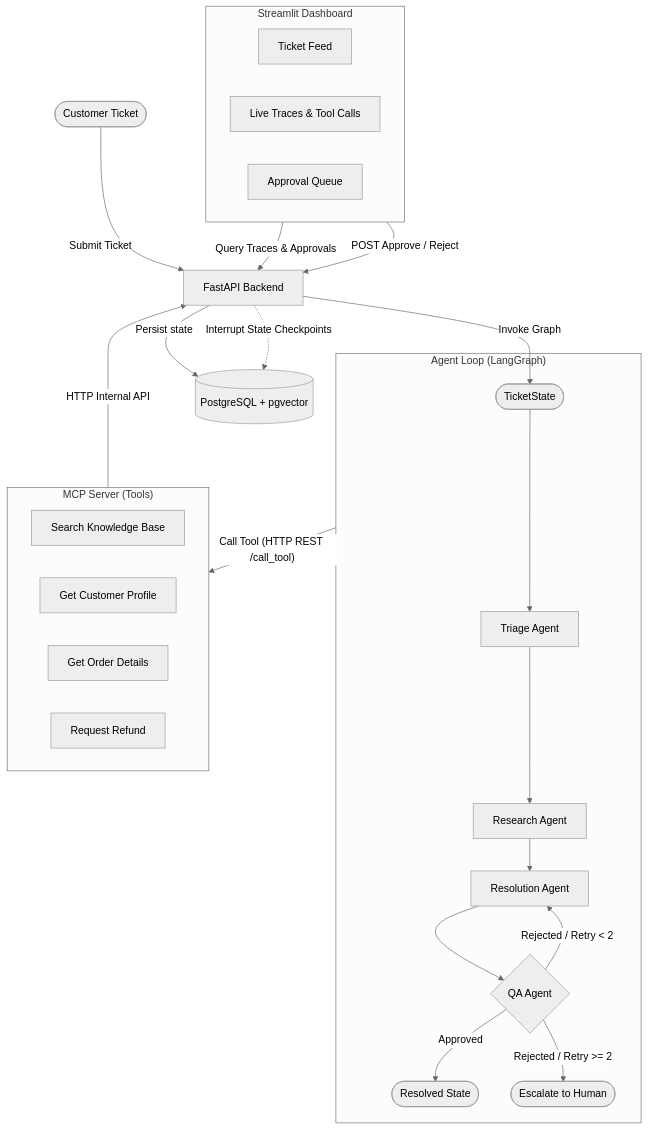
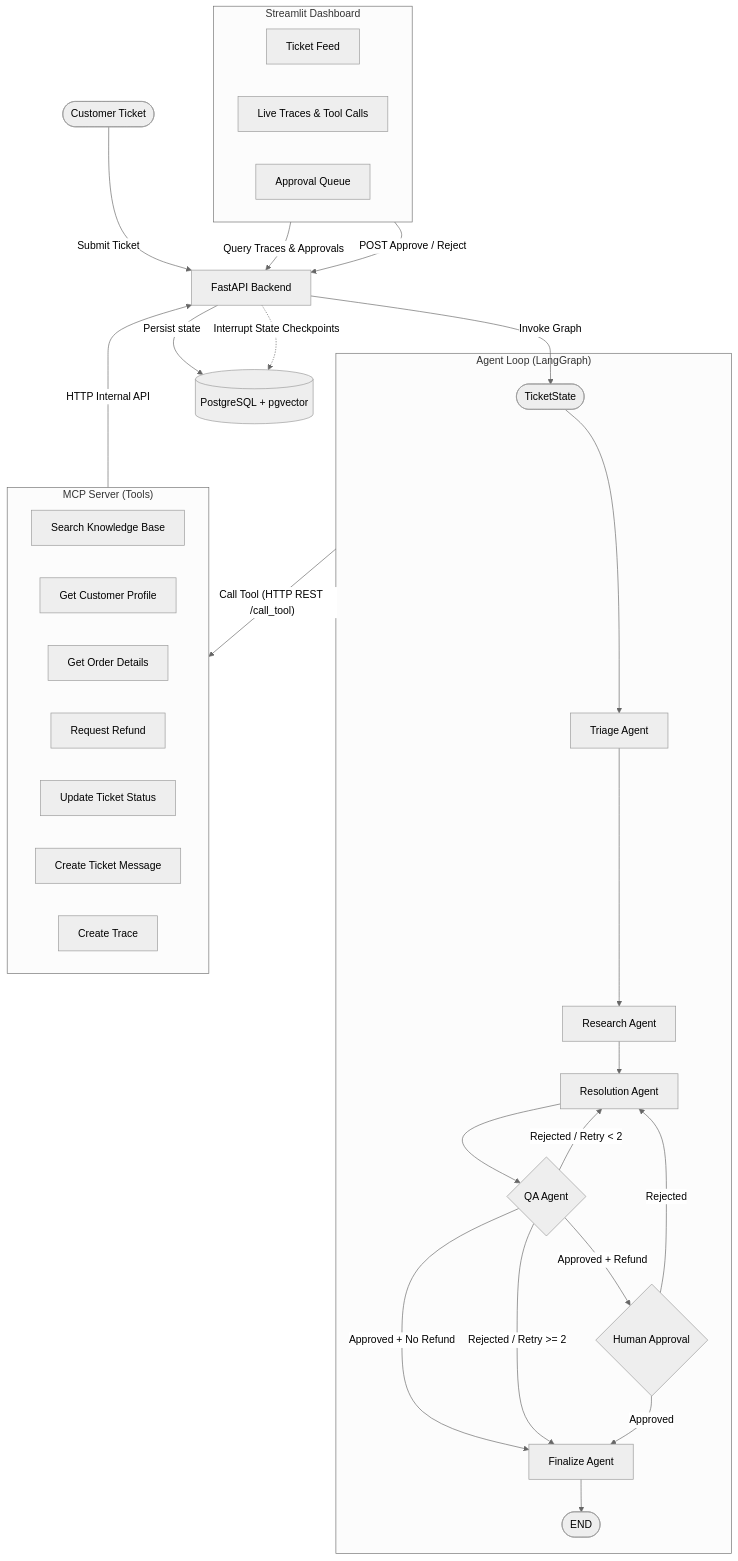
One commit to github-hc/multiagent-ecommerce-support-system changed the second of 2 diagrams in README.md. Above: the diagram before and after it, drawn with Mermaid (neutral theme). The commit also changed other lines of this file and 1 other file, not shown here.

````diff
--- a/README.md
+++ b/README.md
@@ -44,41 +51,48 @@
 ```mermaid
 graph TD
     User([Customer Ticket]) -->|Submit Ticket| API[FastAPI Backend]
     API -->|Persist state| DB[(PostgreSQL + pgvector)]
     
     %% Agent Orchestrator
     subgraph AgentLoop ["Agent Loop (LangGraph)"]
         State([TicketState]) --> Triage[Triage Agent]
         Triage --> Research[Research Agent]
         Research --> Resolution[Resolution Agent]
         Resolution --> QA{QA Agent}
         
-        QA -- Approved --> EndState([Resolved State])
+        QA -- "Approved + No Refund" --> Finalize[Finalize Agent]
         QA -->|"Rejected / Retry < 2"| Resolution
-        QA -->|"Rejected / Retry >= 2"| Escalate([Escalate to Human])
+        QA -->|"Rejected / Retry >= 2"| Finalize
+        QA -- "Approved + Refund" --> Human{Human Approval}
+        Human -- "Approved" --> Finalize
+        Human -- "Rejected" --> Resolution
+        Finalize --> End([END])
     end
     
     API -->|Invoke Graph| State
     
     %% MCP server
     subgraph MCPServer ["MCP Server (Tools)"]
         KB[Search Knowledge Base]
         Profile[Get Customer Profile]
         Orders[Get Order Details]
         Refund[Request Refund]
+        Ticket[Update Ticket Status]
+        Msg[Create Ticket Message]
+        Trace[Create Trace]
     end
     
     AgentLoop -->|"Call Tool (HTTP REST /call_tool)"| MCPServer
     MCPServer -->|HTTP Internal API| API
     
     %% Dashboard
     subgraph StreamlitDashboard ["Streamlit Dashboard"]
         Feed[Ticket Feed]
         Detail[Live Traces & Tool Calls]
         Queue[Approval Queue]
     end
     
     StreamlitDashboard -->|Query Traces & Approvals| API
     StreamlitDashboard -->|POST Approve / Reject| API
     API -.->|Interrupt State Checkpoints| DB
 ```
````
